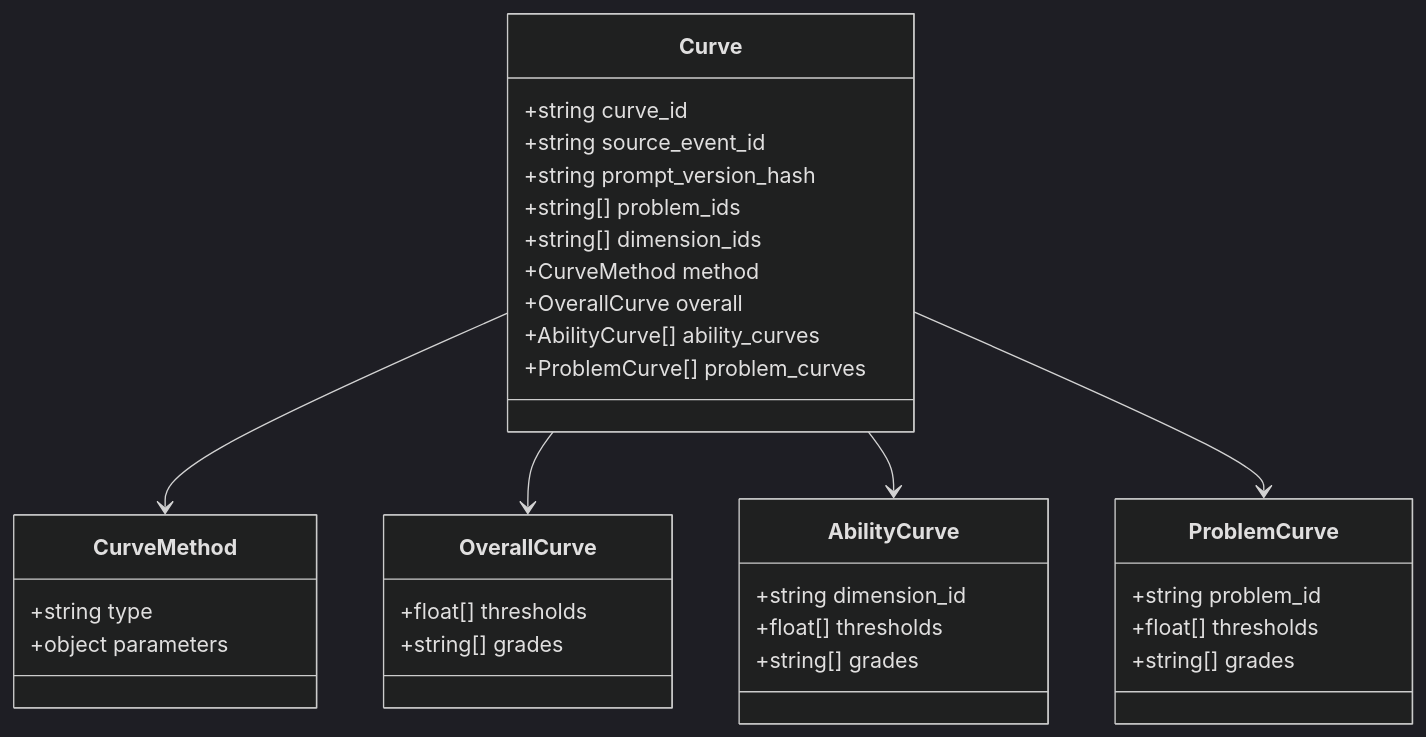
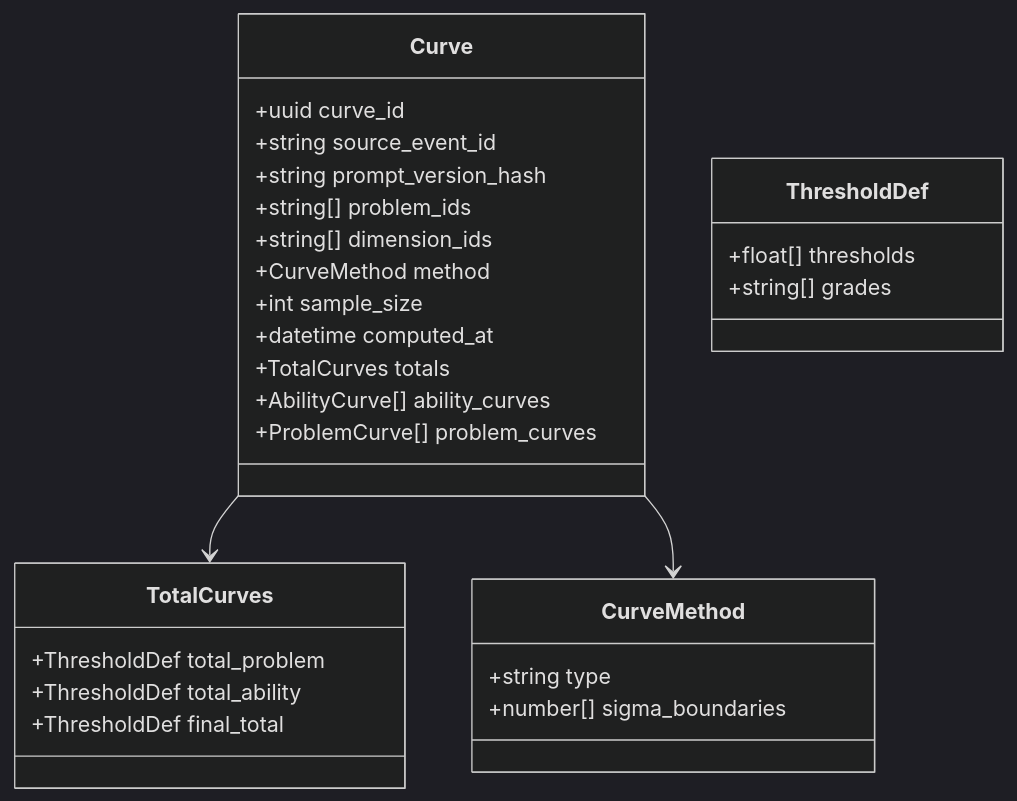
The fourth of 7 diagrams in score-post-llm-pipeline/pipeline-design.md (paideia-ai/tech-doc-axiia), drawn with Mermaid (dark theme) before and after one commit. The commit also changed other lines of this file and 3 other files, not shown here.

First line of the commit message:
Consolidate schemas and update docs per ip-02.md

````diff
--- a/score-post-llm-pipeline/pipeline-design.md
+++ b/score-post-llm-pipeline/pipeline-design.md
@@ -111,41 +122,35 @@
 ```mermaid
 classDiagram
     class Curve {
-        +string curve_id
+        +uuid curve_id
         +string source_event_id
         +string prompt_version_hash
         +string[] problem_ids
         +string[] dimension_ids
         +CurveMethod method
-        +OverallCurve overall
+        +int sample_size
+        +datetime computed_at
+        +TotalCurves totals
         +AbilityCurve[] ability_curves
         +ProblemCurve[] problem_curves
     }
 
+    class TotalCurves {
+        +ThresholdDef total_problem
+        +ThresholdDef total_ability
+        +ThresholdDef final_total
+    }
+
     class CurveMethod {
         +string type
-        +object parameters
+        +number[] sigma_boundaries
     }
 
-    class OverallCurve {
+    class ThresholdDef {
         +float[] thresholds
         +string[] grades
     }
 
-    class AbilityCurve {
-        +string dimension_id
-        +float[] thresholds
-        +string[] grades
-    }
-
-    class ProblemCurve {
-        +string problem_id
-        +float[] thresholds
-        +string[] grades
-    }
-
+    Curve --> TotalCurves
     Curve --> CurveMethod
-    Curve --> OverallCurve
-    Curve --> AbilityCurve
-    Curve --> ProblemCurve
 ```
````
